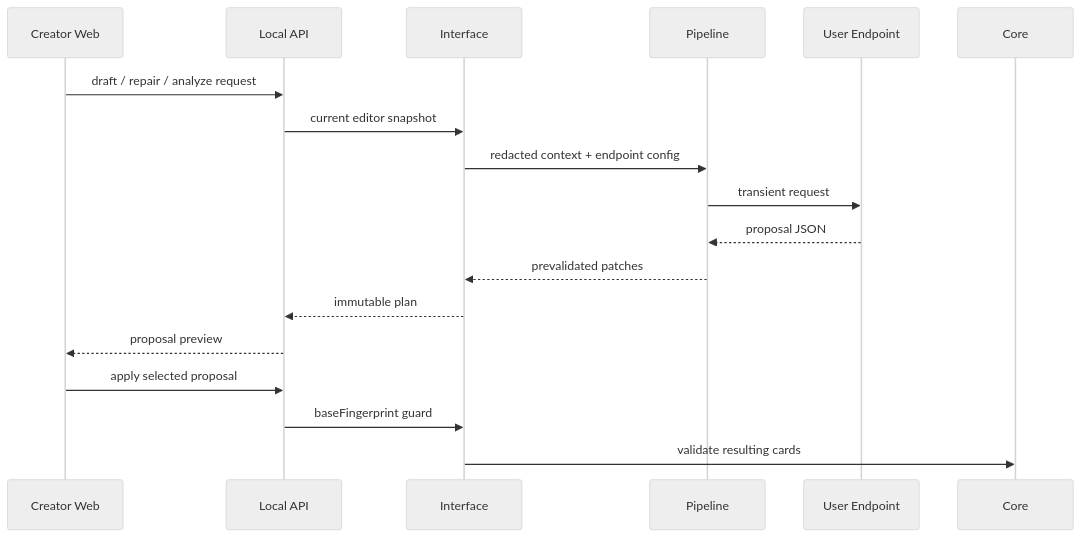
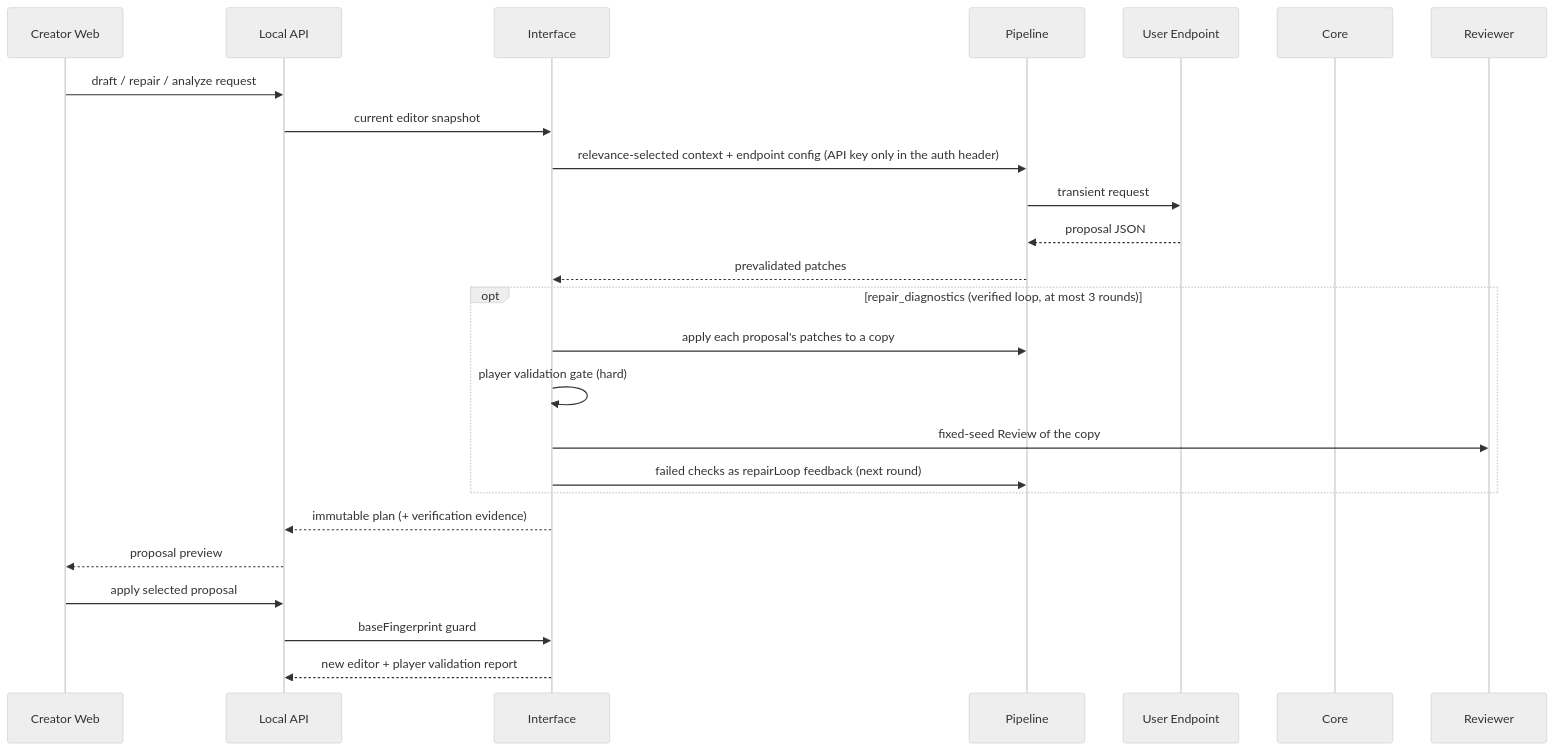
The second of 2 diagrams in README.md (Sisyphe42/ReignsAgent), drawn with Mermaid (neutral theme) before and after one commit. The commit also changed other lines of this file and 3 other files, not shown here.

First line of the commit message:
docs: document the verified repair loop and relevance context selection

````diff
--- a/README.md
+++ b/README.md
@@ -376,21 +378,28 @@
 ```mermaid
 sequenceDiagram
   participant UI as Creator Web
   participant API as Local API
   participant Interface as Interface
   participant Pipeline as Pipeline
   participant Provider as User Endpoint
   participant Core as Core
+  participant Reviewer as Reviewer
 
   UI->>API: draft / repair / analyze request
   API->>Interface: current editor snapshot
-  Interface->>Pipeline: redacted context + endpoint config
+  Interface->>Pipeline: relevance-selected context + endpoint config (API key only in the auth header)
   Pipeline->>Provider: transient request
   Provider-->>Pipeline: proposal JSON
   Pipeline-->>Interface: prevalidated patches
-  Interface-->>API: immutable plan
+  opt repair_diagnostics (verified loop, at most 3 rounds)
+    Interface->>Pipeline: apply each proposal's patches to a copy
+    Interface->>Interface: player validation gate (hard)
+    Interface->>Reviewer: fixed-seed Review of the copy
+    Interface->>Pipeline: failed checks as repairLoop feedback (next round)
+  end
+  Interface-->>API: immutable plan (+ verification evidence)
   API-->>UI: proposal preview
   UI->>API: apply selected proposal
   API->>Interface: baseFingerprint guard
-  Interface->>Core: validate resulting cards
+  Interface-->>API: new editor + player validation report
 ```
````
